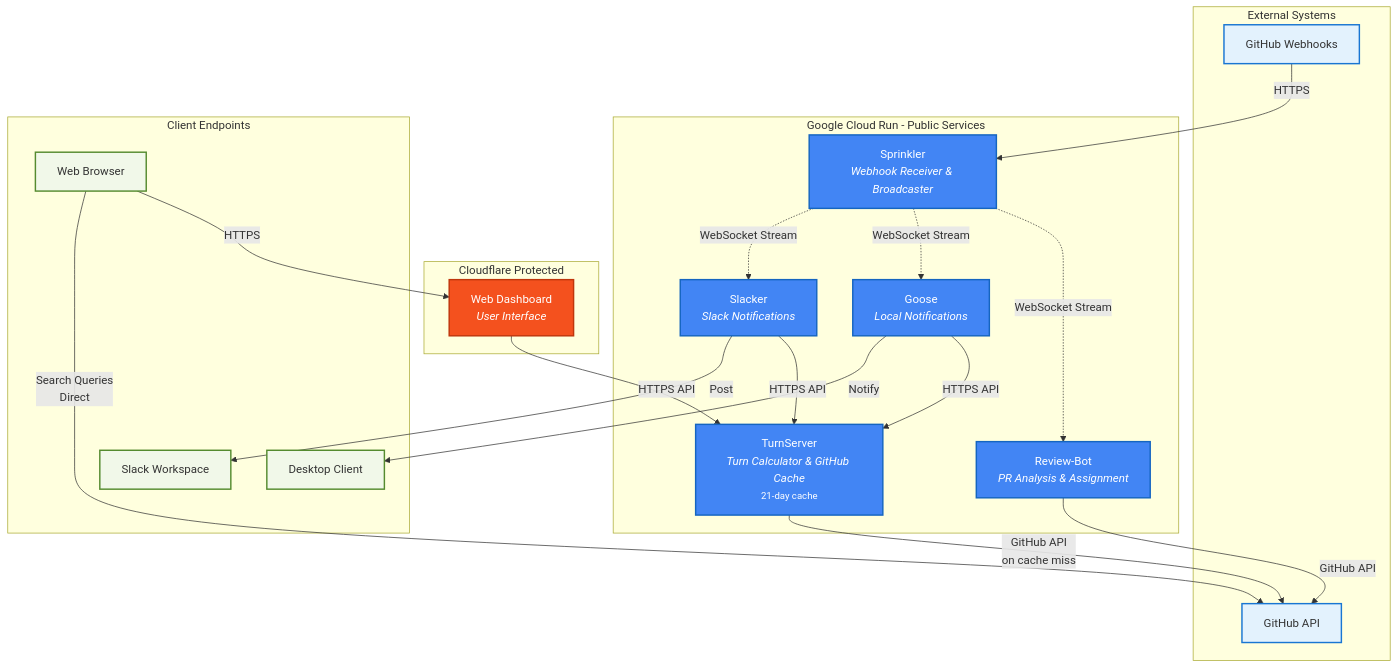
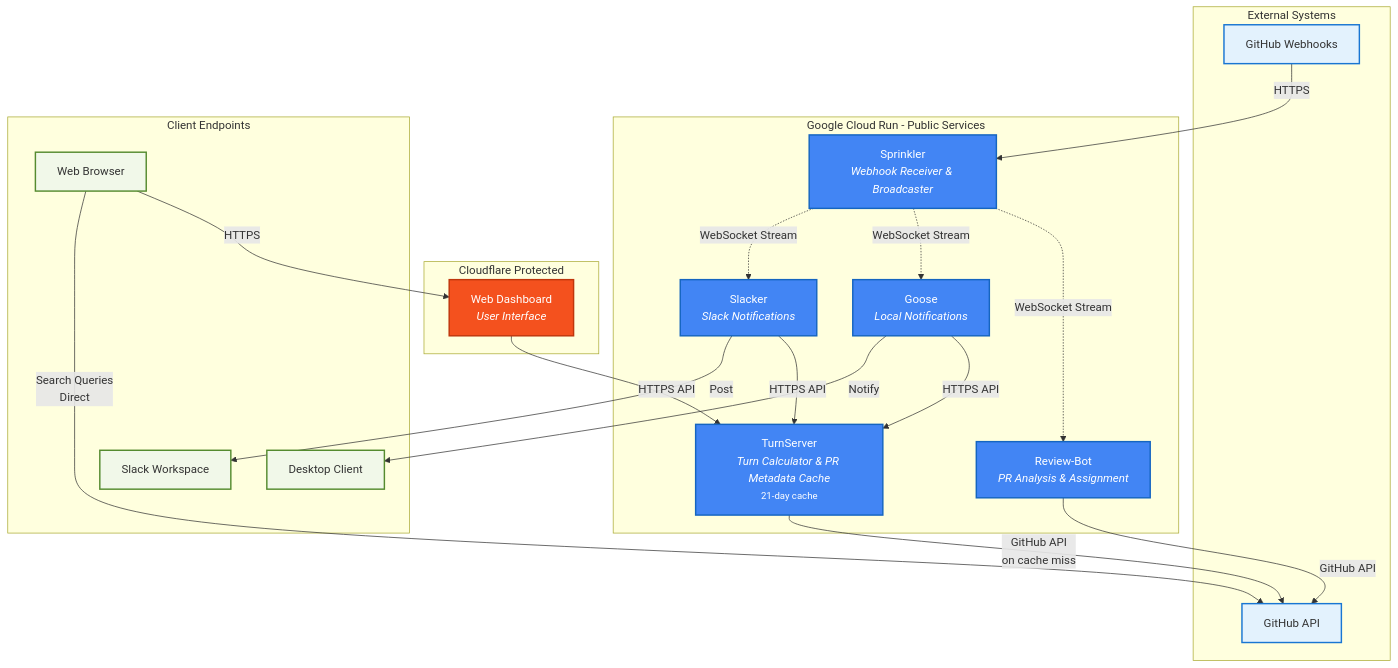
One commit to codeGROOVE-dev/architecture changed the first of 3 diagrams in README.md. Above: the diagram before and after it, drawn with Mermaid. The commit also changed other lines of this file, not shown here.

Commit message:
Update turnserver cache description

````diff
--- a/README.md
+++ b/README.md
@@ -13,56 +13,56 @@
 ```mermaid
 flowchart TB
     subgraph External["External Systems"]
         GH["GitHub API"]
         WHooks["GitHub Webhooks"]
     end
 
     subgraph GCR["Google Cloud Run - Public Services"]
         Sprinkler["Sprinkler<br/><i>Webhook Receiver & Broadcaster</i>"]
         ReviewBot["Review-Bot<br/><i>PR Analysis & Assignment</i>"]
         Goose["Goose<br/><i>Local Notifications</i>"]
         Slacker["Slacker<br/><i>Slack Notifications</i>"]
-        TurnServer["TurnServer<br/><i>Turn Calculator & GitHub Cache</i><br/><small>21-day cache</small>"]
+        TurnServer["TurnServer<br/><i>Turn Calculator & PR Metadata Cache</i><br/><small>21-day cache</small>"]
     end
 
     subgraph CF["Cloudflare Protected"]
         Dashboard["Web Dashboard<br/><i>User Interface</i>"]
     end
 
     subgraph Clients["Client Endpoints"]
         Browser["Web Browser"]
         Desktop["Desktop Client"]
         Slack["Slack Workspace"]
     end
 
     WHooks -->|HTTPS| Sprinkler
 
     Sprinkler -.->|WebSocket Stream| ReviewBot
     Sprinkler -.->|WebSocket Stream| Goose
     Sprinkler -.->|WebSocket Stream| Slacker
 
     ReviewBot -->|GitHub API| GH
 
     Goose -->|HTTPS API| TurnServer
     Slacker -->|HTTPS API| TurnServer
 
     TurnServer -->|GitHub API<br/>on cache miss| GH
 
     Browser -->|HTTPS| Dashboard
     Dashboard -->|HTTPS API| TurnServer
 
     Browser -->|Search Queries<br/>Direct| GH
 
     Goose -->|Notify| Desktop
     Slacker -->|Post| Slack
 
     classDef external fill:#e3f2fd,stroke:#1976d2,stroke-width:2px
     classDef cloudrun fill:#4285f4,stroke:#1565c0,stroke-width:2px,color:#fff
     classDef cloudflare fill:#f4511e,stroke:#bf360c,stroke-width:2px,color:#fff
     classDef client fill:#f1f8e9,stroke:#558b2f,stroke-width:2px
 
     class GH,WHooks external
     class Sprinkler,ReviewBot,Goose,Slacker,TurnServer cloudrun
     class Dashboard cloudflare
     class Browser,Desktop,Slack client
 ```
````
